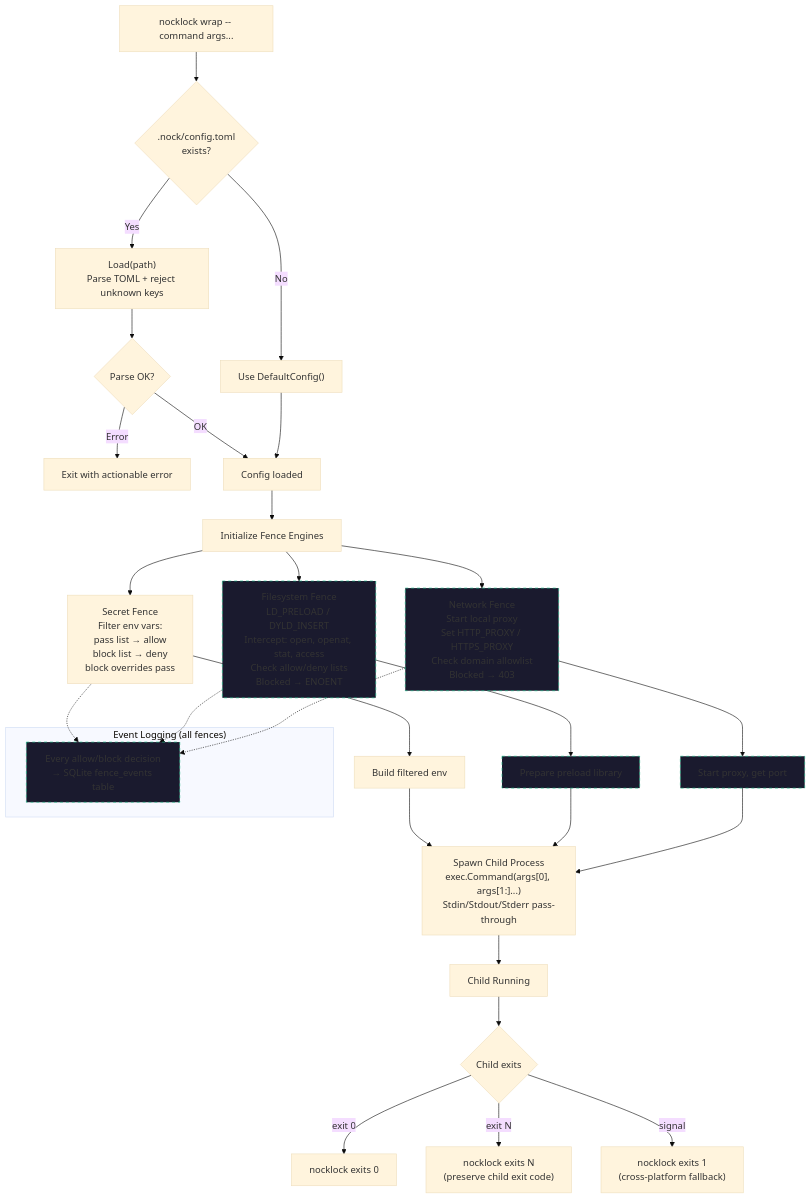
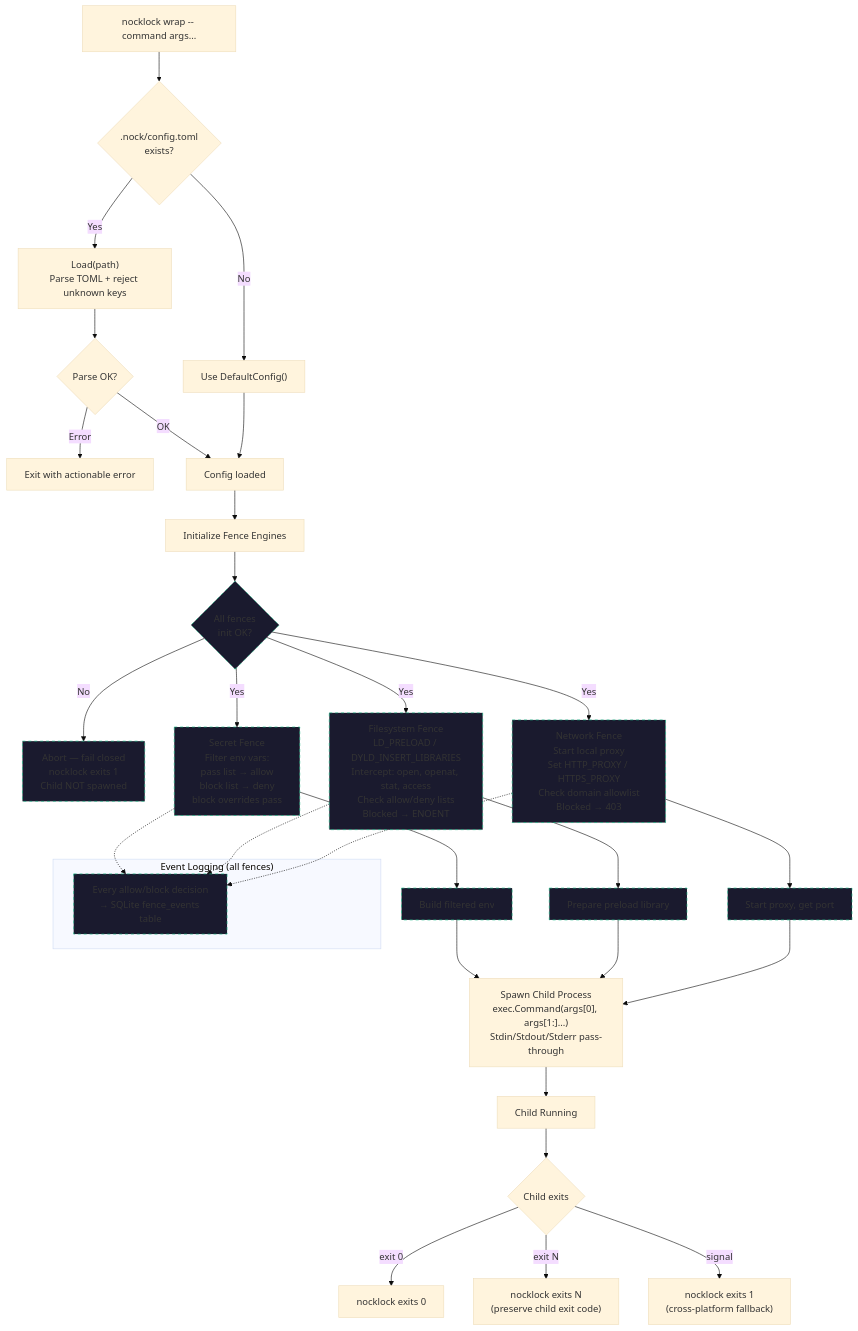
The diagram in .claude/diagrams/fence-flow.mermaid (nocktechnologies/nocklock), drawn with Mermaid (base theme) before and after one commit. The commit also changed 6 other files, not shown here.

```diff
--- a/.claude/diagrams/fence-flow.mermaid
+++ b/.claude/diagrams/fence-flow.mermaid
@@ -1,45 +1,49 @@
 %% NockLock — Fence Flow
 %% Config loading → fence engine setup → child process wrapping
 
 flowchart TD
     A["nocklock wrap -- command args..."] --> B{".nock/config.toml<br/>exists?"}
 
     B -->|No| C["Use DefaultConfig()"]
     B -->|Yes| D["Load(path)<br/>Parse TOML + reject unknown keys"]
     D --> E{Parse OK?}
     E -->|Error| F["Exit with actionable error"]
     E -->|OK| G["Config loaded"]
     C --> G
 
     G --> H["Initialize Fence Engines"]
 
-    H --> I["Secret Fence<br/>Filter env vars:<br/>pass list → allow<br/>block list → deny<br/>block overrides pass"]
+    H --> H_CHK{All fences<br/>init OK?}
+    H_CHK -->|No| H_FAIL["Abort — fail closed<br/>nocklock exits 1<br/>Child NOT spawned"]
+    H_CHK -->|Yes| I
 
-    H --> J["Filesystem Fence<br/>LD_PRELOAD / DYLD_INSERT<br/>Intercept: open, openat, stat, access<br/>Check allow/deny lists<br/>Blocked → ENOENT"]
+    I["Secret Fence<br/>Filter env vars:<br/>pass list → allow<br/>block list → deny<br/>block overrides pass"]
 
-    H --> K["Network Fence<br/>Start local proxy<br/>Set HTTP_PROXY / HTTPS_PROXY<br/>Check domain allowlist<br/>Blocked → 403"]
+    H_CHK -->|Yes| J["Filesystem Fence<br/>LD_PRELOAD / DYLD_INSERT_LIBRARIES<br/>Intercept: open, openat, stat, access<br/>Check allow/deny lists<br/>Blocked → ENOENT"]
+
+    H_CHK -->|Yes| K["Network Fence<br/>Start local proxy<br/>Set HTTP_PROXY / HTTPS_PROXY<br/>Check domain allowlist<br/>Blocked → 403"]
 
     I --> L["Build filtered env"]
     J --> M["Prepare preload library"]
     K --> N["Start proxy, get port"]
 
     L --> O["Spawn Child Process<br/>exec.Command(args[0], args[1:]...)<br/>Stdin/Stdout/Stderr pass-through"]
     M --> O
     N --> O
 
     O --> P["Child Running"]
     P --> Q{Child exits}
     Q -->|exit 0| R["nocklock exits 0"]
     Q -->|exit N| S["nocklock exits N<br/>(preserve child exit code)"]
     Q -->|signal| T["nocklock exits 1<br/>(cross-platform fallback)"]
 
     subgraph "Event Logging (all fences)"
         U["Every allow/block decision<br/>→ SQLite fence_events table"]
     end
 
     I -.-> U
     J -.-> U
     K -.-> U
 
     classDef planned fill:#1a1a2e,stroke:#10B981,stroke-dasharray: 5 5
-    class J,K,M,N,U planned
+    class I,J,K,L,M,N,U,H_CHK,H_FAIL planned
```
